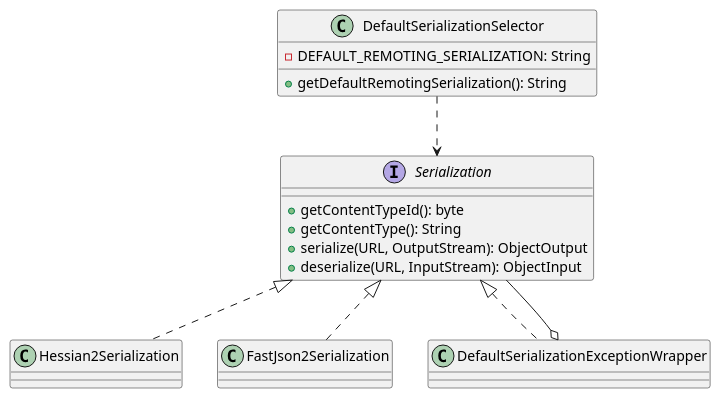
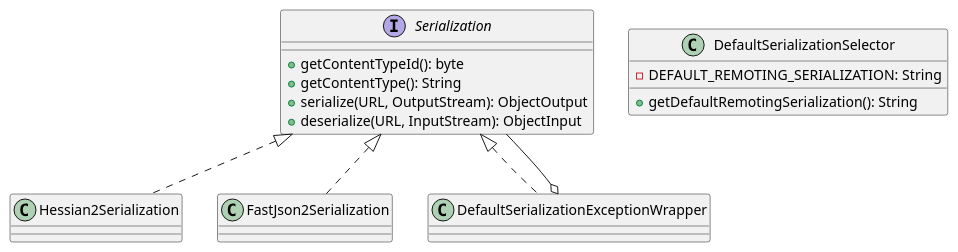
Diagram 11 of 16 in content/post/network/dubbo/index.md (kevinwang930/kevinwang930.github.io), drawn with PlantUML before and after one commit. The commit also changed other lines of this file, not shown here.

````diff
--- a/content/post/network/dubbo/index.md
+++ b/content/post/network/dubbo/index.md
@@ -1399,22 +1654,21 @@
 ```plantuml
 @startuml
 top to bottom direction
 
 interface Serialization {
   + getContentTypeId(): byte
   + getContentType(): String
   + serialize(URL, OutputStream): ObjectOutput
   + deserialize(URL, InputStream): ObjectInput
 }
 class Hessian2Serialization implements Serialization
 class FastJson2Serialization implements Serialization
 class DefaultSerializationExceptionWrapper implements Serialization
 class DefaultSerializationSelector {
   - DEFAULT_REMOTING_SERIALIZATION: String
   + getDefaultRemotingSerialization(): String
 }
 
 DefaultSerializationExceptionWrapper o-- Serialization
-DefaultSerializationSelector ..> Serialization
 @enduml
 ```
````
